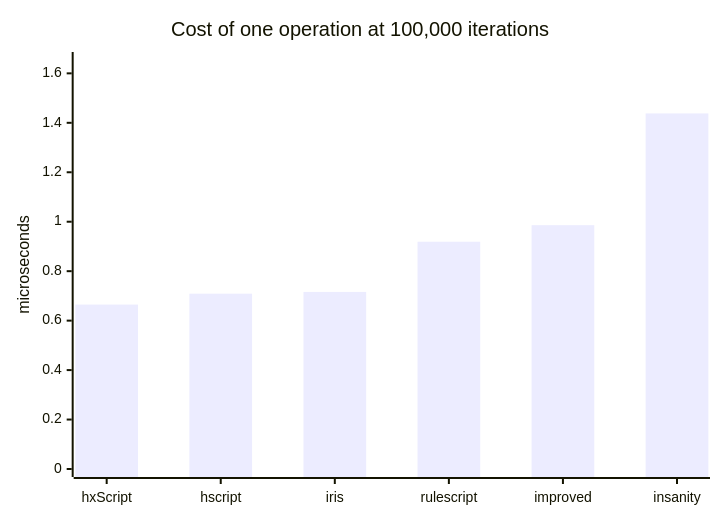
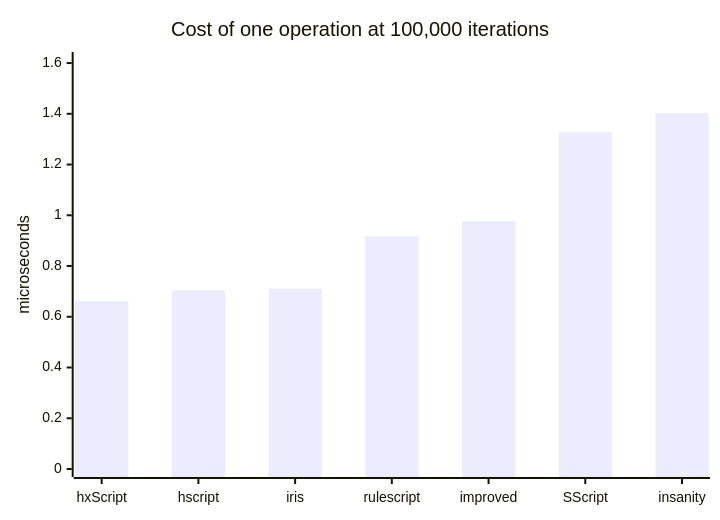
The first of 2 diagrams in docs/benchmarks.md (MeguminBOT/hxscript), drawn with Mermaid before and after one commit. The commit also changed other lines of this file and 3 other files, not shown here.

````diff
--- a/docs/benchmarks.md
+++ b/docs/benchmarks.md
@@ -208,7 +208,7 @@
 ```mermaid
 xychart-beta
     title "Cost of one operation at 100,000 iterations"
-    x-axis ["hxScript", "hscript", "iris", "rulescript", "improved", "insanity"]
-    y-axis "microseconds" 0 --> 1.654
-    bar [0.665, 0.709, 0.716, 0.919, 0.986, 1.438]
+    x-axis ["hxScript", "hscript", "iris", "rulescript", "improved", "SScript", "insanity"]
+    y-axis "microseconds" 0 --> 1.612
+    bar [0.662, 0.704, 0.711, 0.917, 0.977, 1.328, 1.402]
 ```
````
